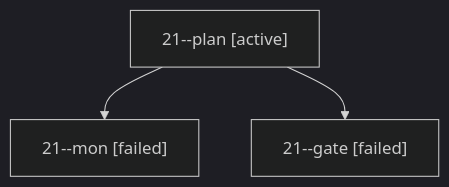
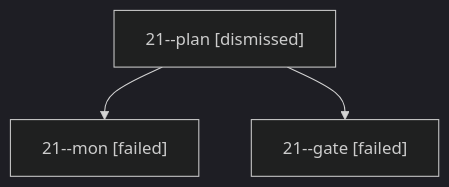
Before and after one commit to bobs-org/bob-cli--agents: the diagram in sessions/bbugyi200.apollo.21.md, drawn with Mermaid (dark theme). The commit also changed other lines of this file and 7 other files, not shown here.

````diff
--- a/sessions/bbugyi200.apollo.21.md
+++ b/sessions/bbugyi200.apollo.21.md
@@ -9,8 +9,8 @@
 ```mermaid
 flowchart TD
-  n0["21--plan [active]"]
+  n0["21--plan [dismissed]"]
   n1["21--mon [failed]"]
   n0 --> n1
   n2["21--gate [failed]"]
   n0 --> n2
 ```
````
